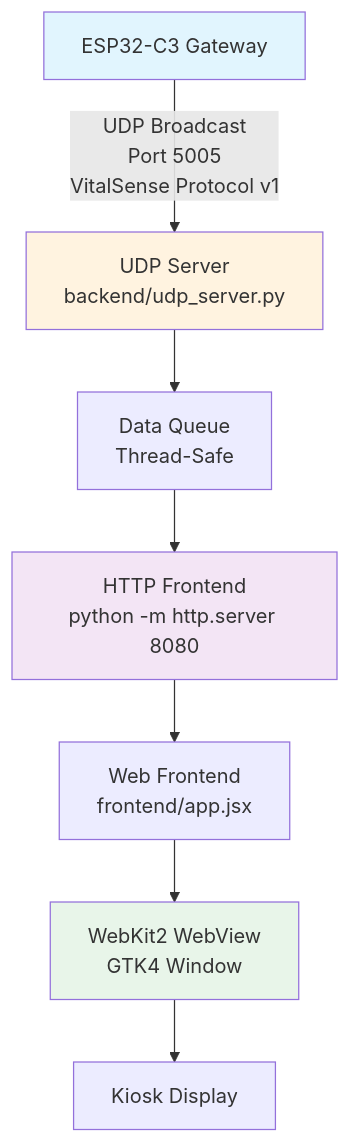
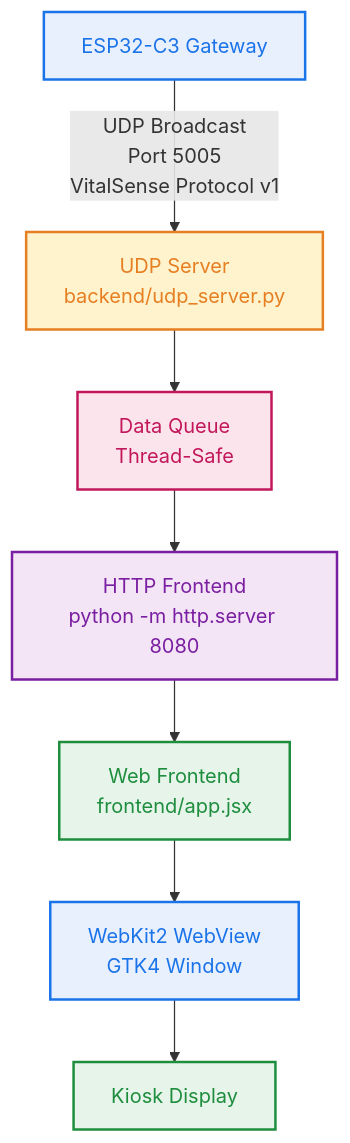
The diagram in projects/vitalsense-dashboard/README.md (abhishekdev572-glitch/icc-26-VitalS), drawn with Mermaid before and after one commit. The commit also changed 3 other files, not shown here.

````diff
--- a/projects/vitalsense-dashboard/README.md
+++ b/projects/vitalsense-dashboard/README.md
@@ -9,14 +9,17 @@
 ```mermaid
 graph TD
     A[ESP32-C3 Gateway] -->|UDP Broadcast\nPort 5005\nVitalSense Protocol v1| B[UDP Server\nbackend/udp_server.py]
     B --> C[Data Queue\nThread-Safe]
     C --> D[HTTP Frontend\npython -m http.server 8080]
     D --> E[Web Frontend\nfrontend/app.jsx]
     E --> F[WebKit2 WebView\nGTK4 Window]
     F --> G[Kiosk Display]
 
-    style A fill:#e1f5fe
-    style B fill:#fff3e0
-    style D fill:#f3e5f5
-    style F fill:#e8f5e9
+    style A fill:#e8f0fe,stroke:#1a73e8,stroke-width:2px,color:#1a73e8
+    style B fill:#fff3cd,stroke:#e67e22,stroke-width:2px,color:#e67e22
+    style C fill:#fce4ec,stroke:#c2185b,stroke-width:2px,color:#c2185b
+    style D fill:#f3e5f5,stroke:#7b1fa2,stroke-width:2px,color:#7b1fa2
+    style E fill:#e6f4ea,stroke:#1e8e3e,stroke-width:2px,color:#1e8e3e
+    style F fill:#e8f0fe,stroke:#1a73e8,stroke-width:2px,color:#1a73e8
+    style G fill:#e6f4ea,stroke:#1e8e3e,stroke-width:2px,color:#1e8e3e
 ```
````
